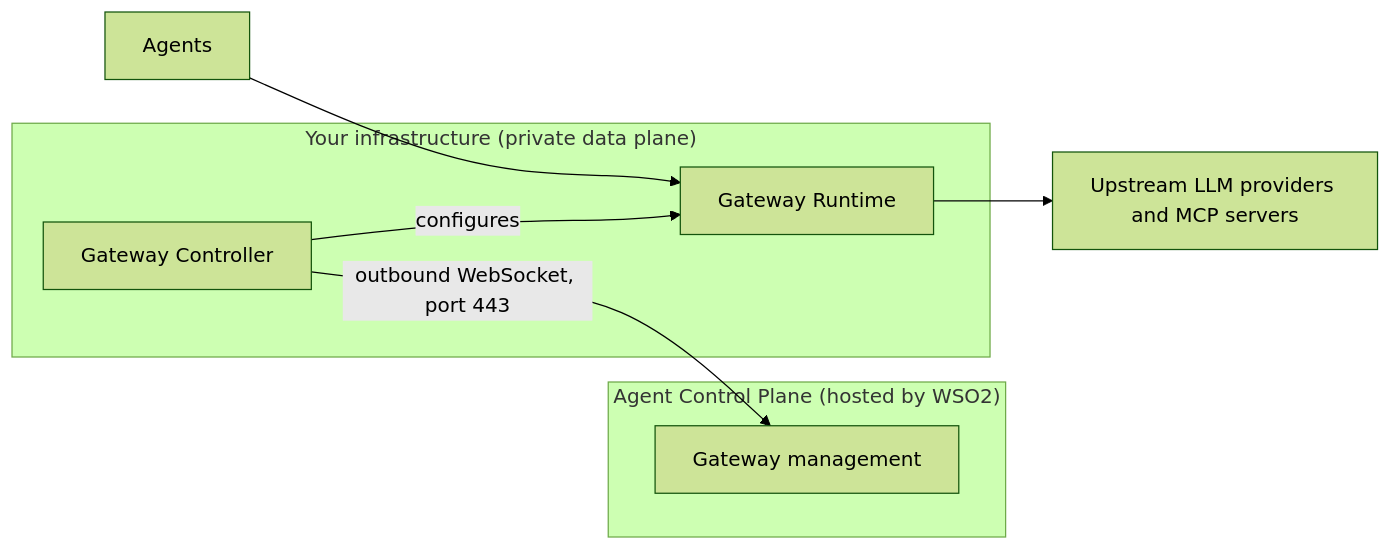
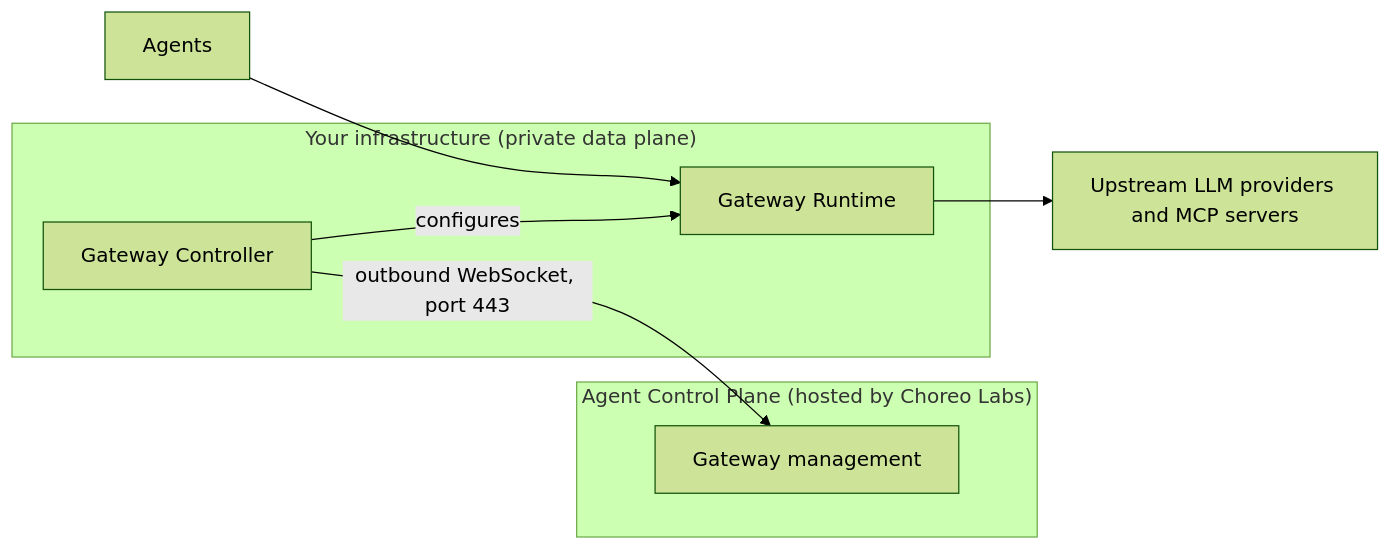
The diagram in versioned_docs/version-cloud-v2/ai-gateway/self-hosted-gateways/architecture.mdx (wso2/docs-agent-platform), drawn with Mermaid (forest theme) before and after one commit. The commit also changed other lines of this file and 11 other files, not shown here.

````diff
--- a/versioned_docs/version-cloud-v2/ai-gateway/self-hosted-gateways/architecture.mdx
+++ b/versioned_docs/version-cloud-v2/ai-gateway/self-hosted-gateways/architecture.mdx
@@ -21,12 +21,12 @@
 ```mermaid
 flowchart LR
-  subgraph CP["Agent Control Plane (hosted by WSO2)"]
+  subgraph CP["Agent Control Plane (hosted by Choreo Labs)"]
     M["Gateway management"]
   end
   subgraph DP["Your infrastructure (private data plane)"]
     C["Gateway Controller"] -->|"configures"| R["Gateway Runtime"]
   end
   C -->|"outbound WebSocket, port 443"| M
   A["Agents"] --> R
   R --> U["Upstream LLM providers and MCP servers"]
 ```
````
